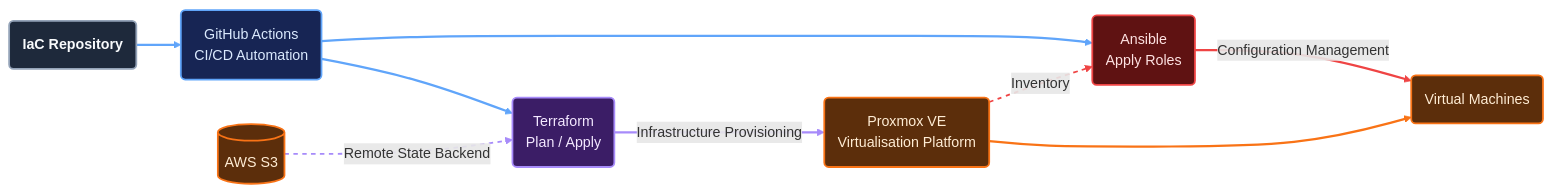
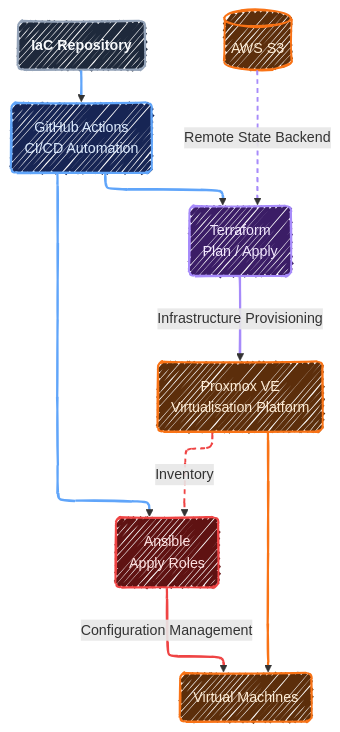
Before and after one commit to rauland/iac: the diagram in README.md, drawn with Mermaid.

````diff
--- a/README.md
+++ b/README.md
@@ -10,63 +10,52 @@
 ```mermaid
-%%{init: {
-  "theme": "base",
-  "themeVariables": {
-    "background": "#0B1120",
-    "fontFamily": "Inter, Arial, sans-serif",
-    "fontSize": "14px",
-    "lineColor": "#64748B",
-    "textColor": "#080c11",
-    "clusterBkg": "#111827",
-    "clusterBorder": "#334155"
-  },
-  "flowchart": {
-    "htmlLabels": true,
-    "curve": "basis",
-    "nodeSpacing": 45,
-    "rankSpacing": 60,
-  }
-}}%%
+---
+config:
+  layout: elk
+  look: handDrawn
+  flowchart:
+    curve: basic
+---
 
-graph LR
+graph TD
     repo("<b>IaC Repository")
     actions("GitHub Actions<br/>CI/CD Automation")
     tf("Terraform<br/>Plan / Apply")
     s3[("AWS S3")]
     pve("Proxmox VE<br/>Virtualisation Platform")
     ansible("Ansible<br/>Apply Roles")
     vms("Virtual Machines")
 
     repo --> actions
     actions --> tf
     actions --> ansible
     s3 -->|Remote State Backend| tf
     tf -->|Infrastructure Provisioning| pve
     pve --> vms
     pve -->|Inventory| ansible
     ansible -->|Configuration Management| vms
 
     classDef source fill:#1E293B,stroke:#94A3B8,color:#F8FAFC,stroke-width:2px
     classDef cicd fill:#172554,stroke:#60A5FA,color:#DBEAFE,stroke-width:2px
     classDef terraform fill:#3B1D66,stroke:#A78BFA,color:#F3E8FF,stroke-width:2px
     classDef ansible fill:#5F1212,stroke:#EF4444,color:#FEE2E2,stroke-width:2px
     classDef infra fill:#5C2E0B,stroke:#F97316,color:#FFEDD5,stroke-width:2px
     classDef compute fill:#1F2937,stroke:#64748B,color:#F8FAFC,stroke-width:2px
 
     class repo source
     class actions cicd
     class tf terraform
     class ansible ansible
     class pve infra
     class s3 infra
     class vms infra
 
     linkStyle 0 stroke:#60A5FA,stroke-width:2.5px
     linkStyle 1 stroke:#60A5FA,stroke-width:2.5px
     linkStyle 2 stroke:#60A5FA,stroke-width:2.5px
     linkStyle 3 stroke:#A78BFA,stroke-width:2px,stroke-dasharray:5 5
     linkStyle 4 stroke:#A78BFA,stroke-width:2.5px
     linkStyle 5 stroke:#F97316,stroke-width:2.5px
     linkStyle 6 stroke:#EF4444,stroke-width:2px,stroke-dasharray:5 5
     linkStyle 7 stroke:#EF4444,stroke-width:2.5px
 
 ```
````
